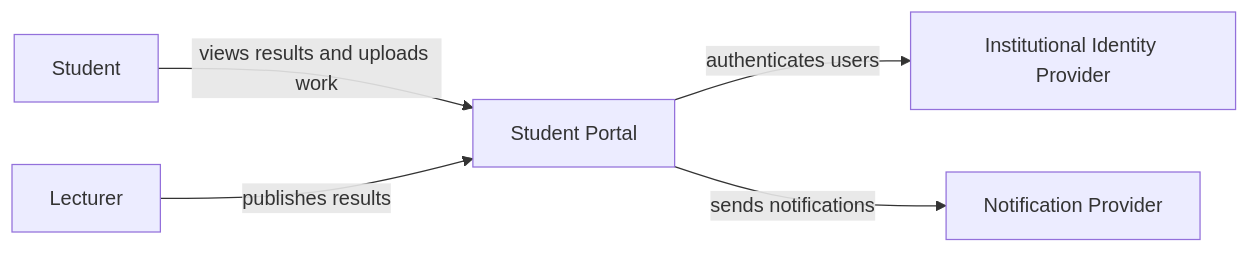
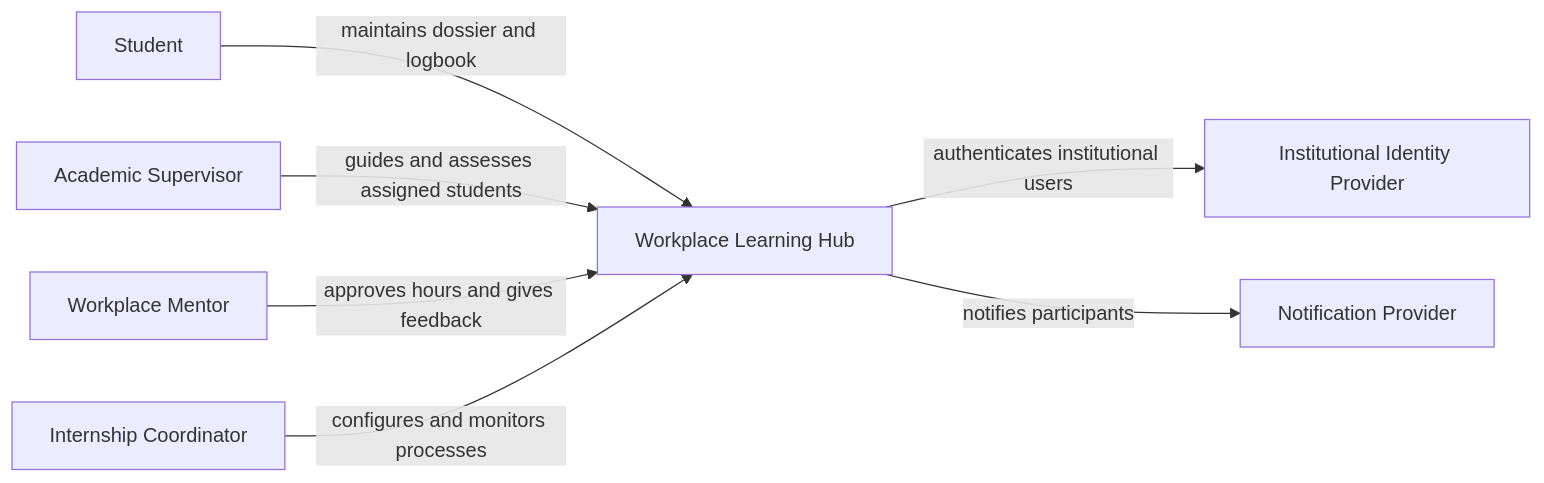
Before and after one commit to dhoubrechts/architectures_intro: the first of 3 diagrams in course/07-views-and-decisions.md, drawn with Mermaid. The commit also changed other lines of this file and 43 other files, not shown here.

````diff
--- a/course/07-views-and-decisions.md
+++ b/course/07-views-and-decisions.md
@@ -39,7 +39,9 @@
 ```mermaid
 flowchart LR
-    Student[Student] -->|views results and uploads work| Portal[Student Portal]
-    Lecturer[Lecturer] -->|publishes results| Portal
-    Portal -->|authenticates users| IdP[Institutional Identity Provider]
-    Portal -->|sends notifications| Notify[Notification Provider]
+    Student[Student] -->|maintains dossier and logbook| Hub[Workplace Learning Hub]
+    Academic[Academic Supervisor] -->|guides and assesses assigned students| Hub
+    Mentor[Workplace Mentor] -->|approves hours and gives feedback| Hub
+    Coordinator[Internship Coordinator] -->|configures and monitors processes| Hub
+    Hub -->|authenticates institutional users| IdP[Institutional Identity Provider]
+    Hub -->|notifies participants| Notify[Notification Provider]
 ```
````
